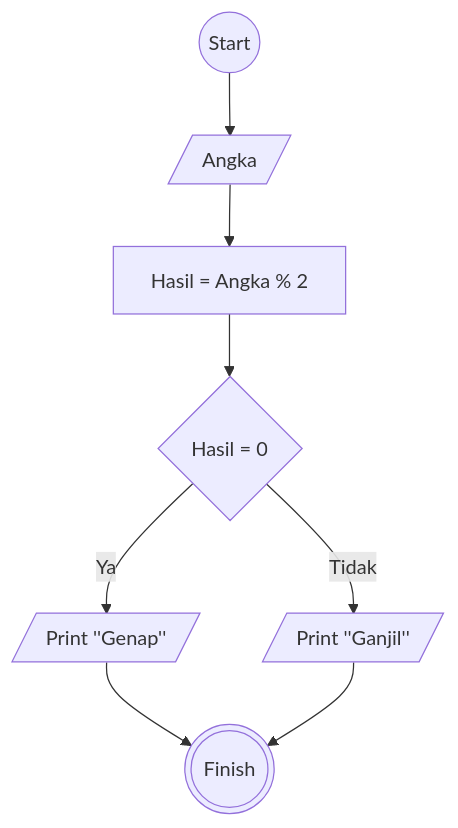
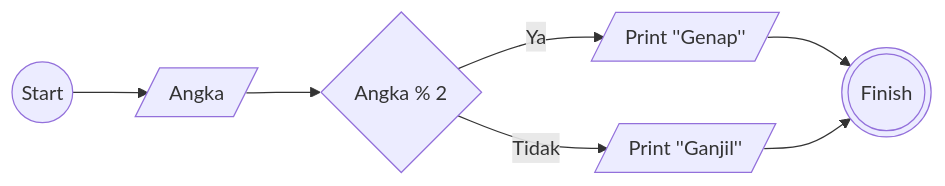
Before and after one commit to aldi-ardyansah/koda-b10-algoritma: the first of 2 diagrams in README.md, drawn with Mermaid. The commit also changed other lines of this file, not shown here.

````diff
--- a/README.md
+++ b/README.md
@@ -23,8 +23,7 @@
 ```mermaid
-flowchart TD
+flowchart LR
     A((Start)) --> B[/Angka/]
-    B[/Angka/] --> C[Angka / 2]
-    C[Hasil = Angka % 2] --> D{Hasil = 0}
-    D{Hasil = 0} --Ya--> E[/Print ''Genap''/] --> G(((Finish)))
-    D{Hasil = 0} --Tidak--> F[/Print ''Ganjil''/] --> G(((Finish)))
+    B[/Angka/] --> C{Angka % 2}
+    C{Angka % 2} --Ya--> D[/Print ''Genap''/] --> F(((Finish)))
+    C{Angka % 2} --Tidak--> E[/Print ''Ganjil''/] --> F(((Finish)))
 ```
````
